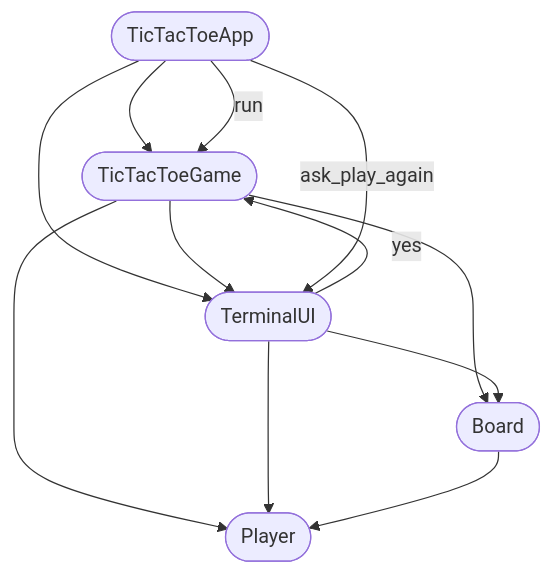
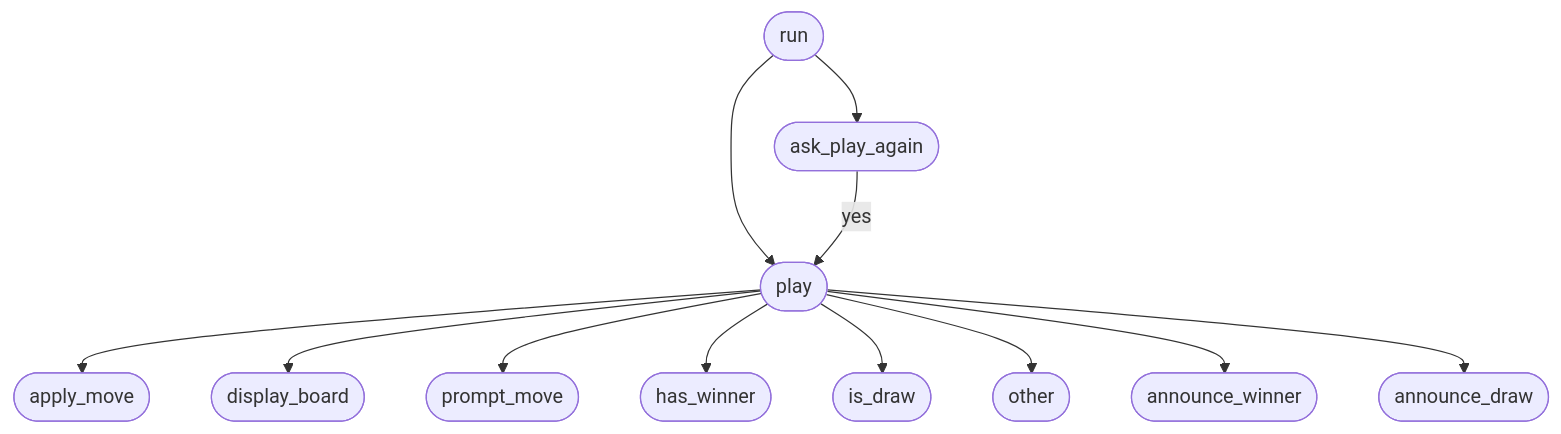
The diagram in MSE800-PSD/Week10/Activity1.2/README.md (siam-abdulllah/MSE800), drawn with Mermaid before and after one commit. The commit also changed other lines of this file and 2541 other files, not shown here.

````diff
--- a/MSE800-PSD/Week10/Activity1.2/README.md
+++ b/MSE800-PSD/Week10/Activity1.2/README.md
@@ -11,21 +11,29 @@
 ```mermaid
 flowchart TD
-    TicTacToeApp([TicTacToeApp])
-    TicTacToeGame([TicTacToeGame])
-    TerminalUI([TerminalUI])
-    Board([Board])
-    Player([Player])
+    run([run])
 
-    TicTacToeApp --> TicTacToeGame
-    TicTacToeApp --> TerminalUI
-    TicTacToeGame --> TerminalUI
-    TicTacToeGame --> Board
-    TicTacToeGame --> Player
-    TerminalUI --> Board
-    TerminalUI --> Player
-    Board --> Player
+    play([play])
+    ask_play_again([ask_play_again])
 
-    TicTacToeApp -->|run| TicTacToeGame
-    TicTacToeApp -->|ask_play_again| TerminalUI
-    TerminalUI -->|yes| TicTacToeGame
+    apply_move([apply_move])
+    display_board([display_board])
+    prompt_move([prompt_move])
+    has_winner([has_winner])
+    is_draw([is_draw])
+    other([other])
+    announce_winner([announce_winner])
+    announce_draw([announce_draw])
+
+    run --> play
+    run --> ask_play_again
+    ask_play_again -->|yes| play
+
+    play --> apply_move
+    play --> display_board
+    play --> prompt_move
+    play --> has_winner
+    play --> is_draw
+    play --> other
+    play --> announce_winner
+    play --> announce_draw
 ```
````
